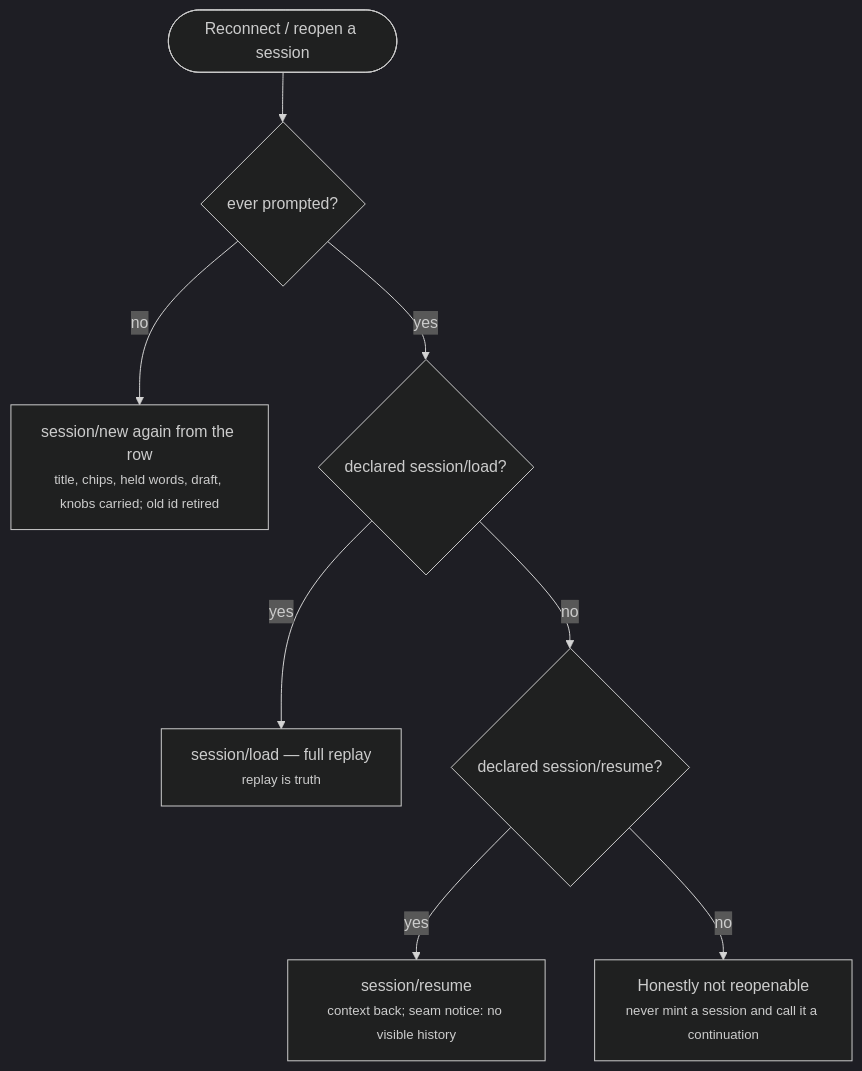
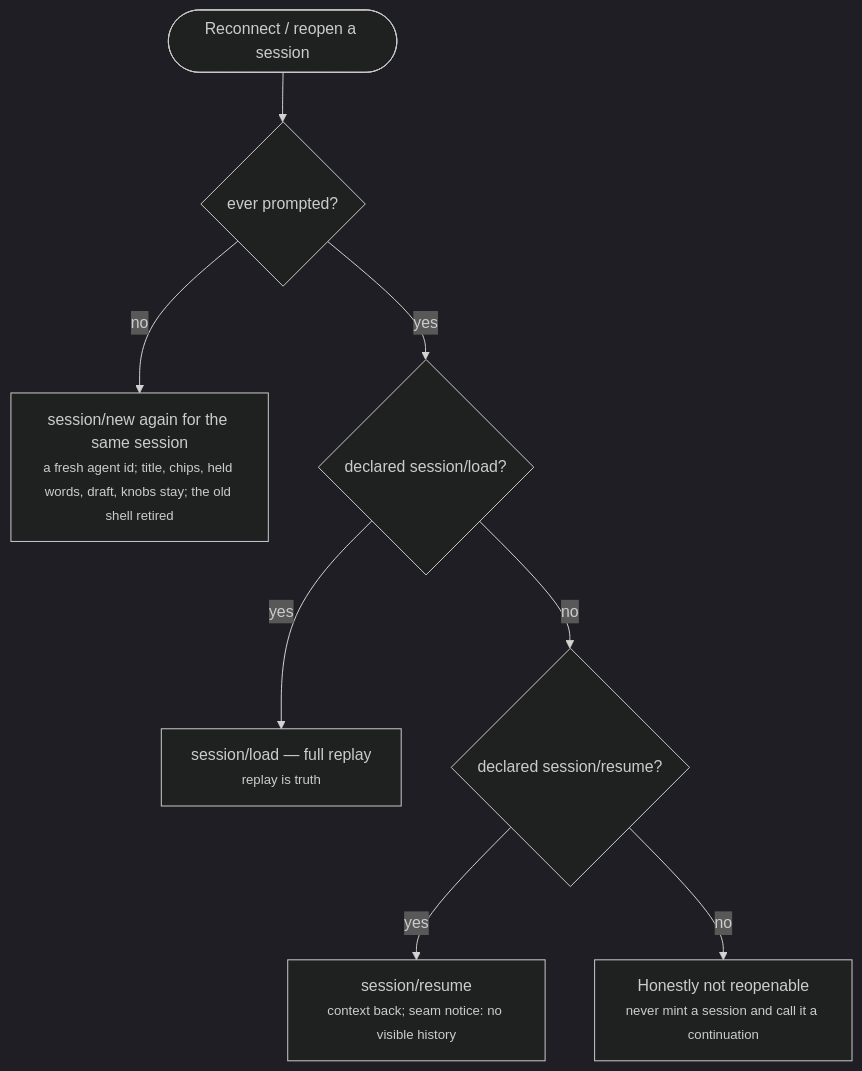
Before and after one commit to solutionsunity/acp-patchbay: the second of 5 diagrams in docs/architecture.md, drawn with Mermaid (dark theme). The commit also changed other lines of this file and 16 other files, not shown here.

````diff
--- a/docs/architecture.md
+++ b/docs/architecture.md
@@ -188,10 +198,10 @@
 ```mermaid
 flowchart TD
     R(["Reconnect / reopen a session"]) --> Q0{"ever prompted?"}
-    Q0 -- no --> Z["session/new again from the row<br/><small>title, chips, held words, draft, knobs carried; old id retired</small>"]
+    Q0 -- no --> Z["session/new again for the same session<br/><small>a fresh agent id; title, chips, held words, draft, knobs stay; the old shell retired</small>"]
     Q0 -- yes --> Q1{"declared session/load?"}
     Q1 -- yes --> L["session/load — full replay<br/><small>replay is truth</small>"]
     Q1 -- no --> Q2{"declared session/resume?"}
     Q2 -- yes --> RS["session/resume<br/><small>context back; seam notice: no visible history</small>"]
     Q2 -- no --> N["Honestly not reopenable<br/><small>never mint a session and call it a continuation</small>"]
 ```
````
